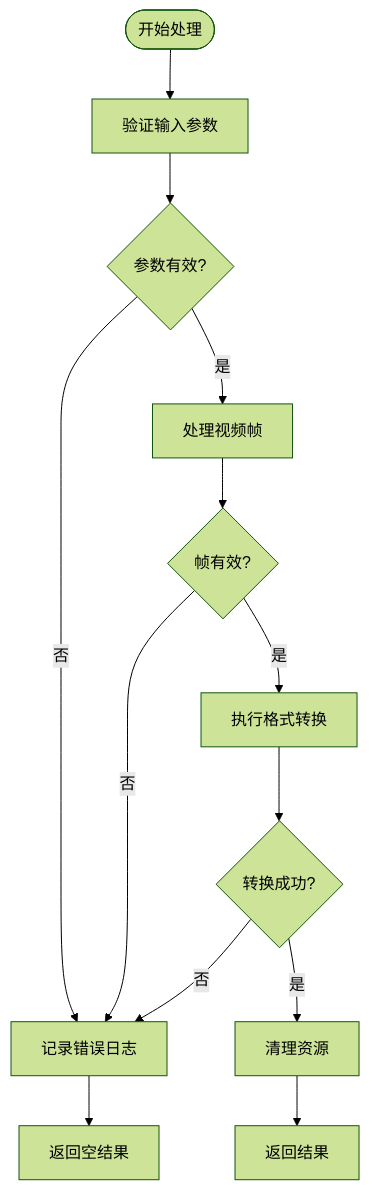
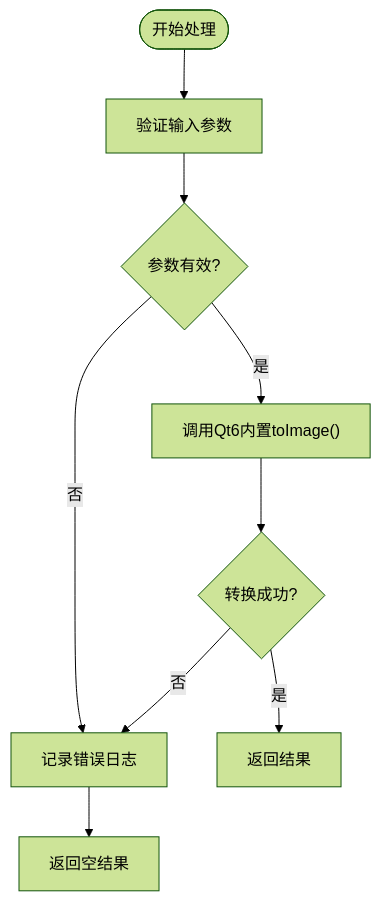
Before and after one commit to HeQiTZD/Triple-terminal-Attendance-Punching-System: the eighth of 8 diagrams in .qoder/repowiki/zh/content/核心模块/摄像头采集模块/帧格式转换.md, drawn with Mermaid (forest theme). The commit also changed other lines of this file and 127 other files, not shown here.

````diff
--- a/.qoder/repowiki/zh/content/核心模块/摄像头采集模块/帧格式转换.md
+++ b/.qoder/repowiki/zh/content/核心模块/摄像头采集模块/帧格式转换.md
@@ -411,15 +343,11 @@
 ```mermaid
 flowchart TD
 Start([开始处理]) --> Validate["验证输入参数"]
 Validate --> ParamValid{"参数有效?"}
 ParamValid --> |否| LogError["记录错误日志"]
-ParamValid --> |是| ProcessFrame["处理视频帧"]
-ProcessFrame --> FrameValid{"帧有效?"}
-FrameValid --> |否| LogError
-FrameValid --> |是| ConvertFrame["执行格式转换"]
-ConvertFrame --> ConvertSuccess{"转换成功?"}
+ParamValid --> |是| CallToImage["调用Qt6内置toImage()"]
+CallToImage --> ConvertSuccess{"转换成功?"}
 ConvertSuccess --> |否| LogError
-ConvertSuccess --> |是| Cleanup["清理资源"]
-Cleanup --> ReturnResult["返回结果"]
+ConvertSuccess --> |是| ReturnResult["返回结果"]
 LogError --> ReturnNull["返回空结果"]
 ```
````
